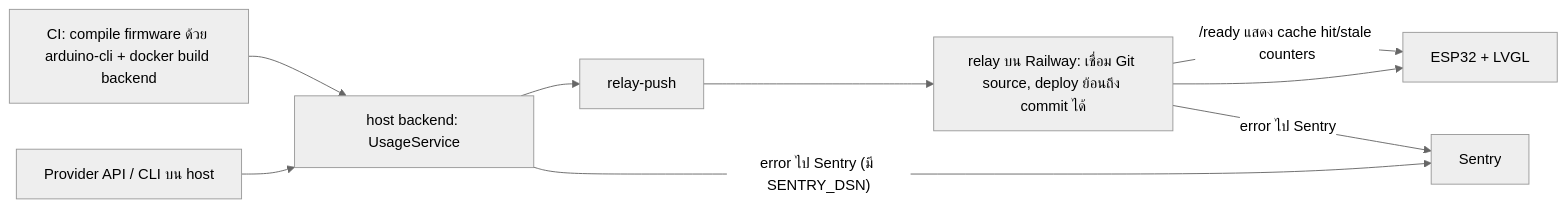
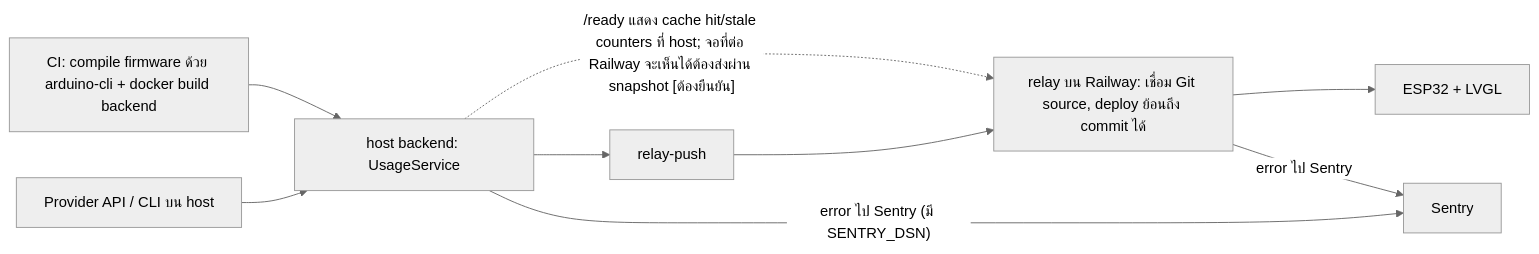
Before and after one commit to bookchaowalit-ai/platform-ai-usage-display: the second of 2 diagrams in docs/diagrams/01-business-process.md, drawn with Mermaid (neutral theme). The commit also changed other lines of this file, not shown here.

````diff
--- a/docs/diagrams/01-business-process.md
+++ b/docs/diagrams/01-business-process.md
@@ -38,11 +39,11 @@
 ```mermaid
 flowchart LR
   PROV["Provider API / CLI บน host"] --> HOST["host backend: UsageService"]
   HOST --> PUSH["relay-push"]
   PUSH --> RELAY["relay บน Railway: เชื่อม Git source, deploy ย้อนถึง commit ได้"]
   RELAY --> ESP["ESP32 + LVGL"]
   HOST -->|"error ไป Sentry (มี SENTRY_DSN)"| SENTRY["Sentry"]
   RELAY -->|"error ไป Sentry"| SENTRY
   CI["CI: compile firmware ด้วย arduino-cli + docker build backend"] --> HOST
-  RELAY -->|"/ready แสดง cache hit/stale counters"| ESP
+  HOST -.->|"/ready แสดง cache hit/stale counters ที่ host; จอที่ต่อ Railway จะเห็นได้ต้องส่งผ่าน snapshot [ต้องยืนยัน]"| RELAY
 ```
````
